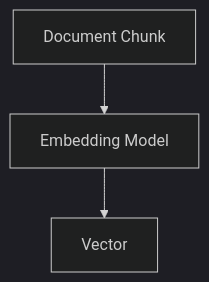
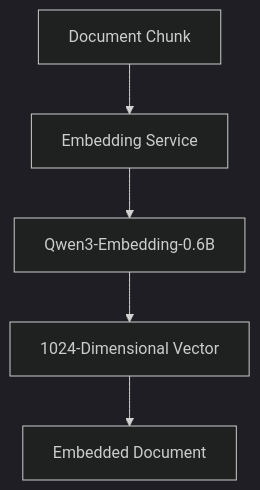
Before and after one commit to sabrahermassi/injury-journal-ai: the fourth of 17 diagrams in docs/02-architecture.md, drawn with Mermaid (dark theme). The commit also changed 4 other files, not shown here.

Commit message:
feat: implement embedding service

````diff
--- a/docs/02-architecture.md
+++ b/docs/02-architecture.md
@@ -128,9 +128,7 @@
 ```mermaid
 flowchart TD
-    C["Document Chunk"]
-    E["Embedding Model"]
-    V["Vector"]
-
-    C --> E
-    E --> V
+    C["Document Chunk"] --> S["Embedding Service"]
+    S --> M["Qwen3-Embedding-0.6B"]
+    M --> V["1024-Dimensional Vector"]
+    V --> E["Embedded Document"]
 ```
````
